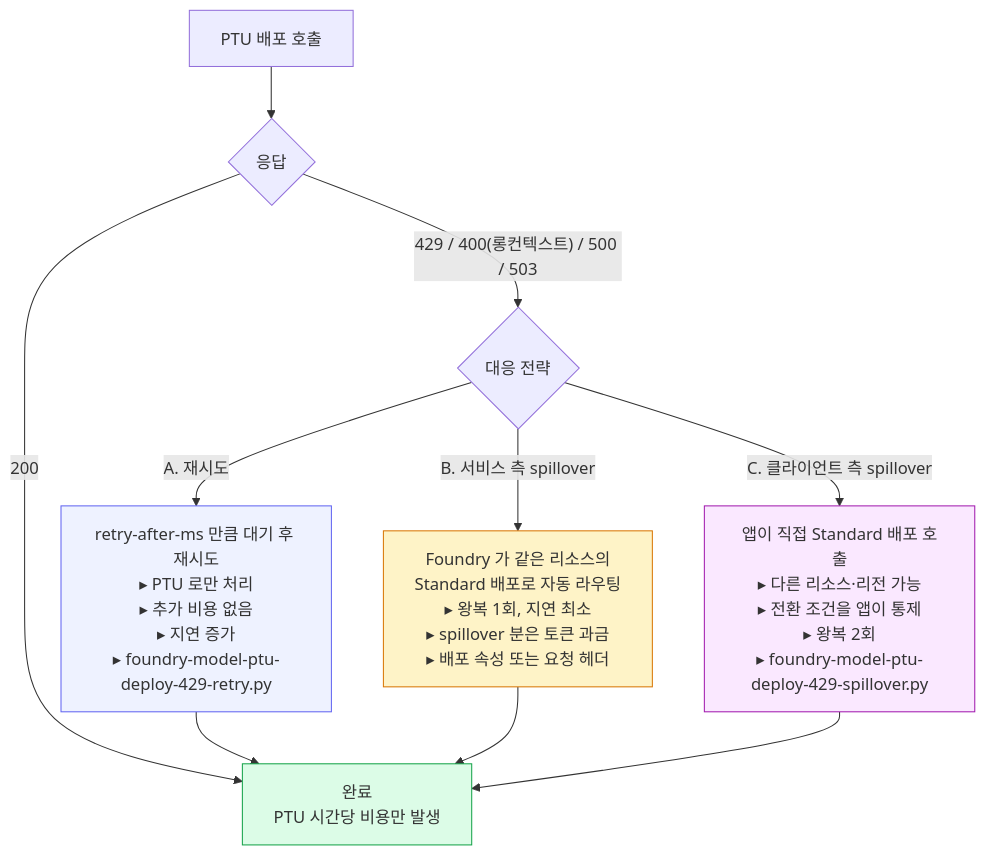
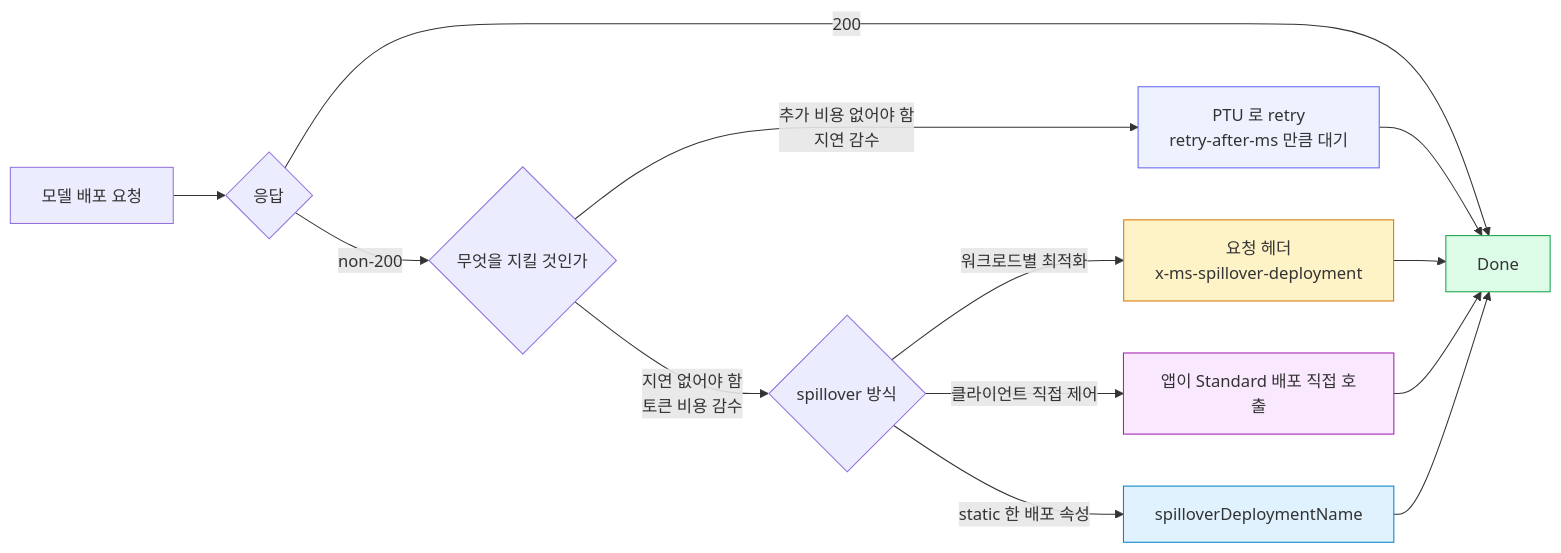
Before and after one commit to ivorycloud1013/lab-azure-guide-foundry-ptu: the sixth of 6 diagrams in README.md, drawn with Mermaid. The commit also changed other lines of this file, not shown here.

````diff
--- a/README.md
+++ b/README.md
@@ -424,19 +422,24 @@
 ```mermaid
-flowchart TB
-    Start["PTU 배포 호출"] --> Code{"응답"}
-    Code -->|"200"| Done["완료<br/>PTU 시간당 비용만 발생"]
-    Code -->|"429 / 400(롱컨텍스트) / 500 / 503"| Strat{"대응 전략"}
+flowchart LR
+    Req["모델 배포 요청"] --> Code{"응답"}
+    Code -->|"200"| Done["Done"]
+    Code -->|"non-200"| Trade{"무엇을 지킬 것인가"}
 
-    Strat -->|"A. 재시도"| A["retry-after-ms 만큼 대기 후 재시도<br/>▸ PTU 로만 처리<br/>▸ 추가 비용 없음<br/>▸ 지연 증가<br/>▸ foundry-model-ptu-deploy-429-retry.py"]
-    Strat -->|"B. 서비스 측 spillover"| B["Foundry 가 같은 리소스의<br/>Standard 배포로 자동 라우팅<br/>▸ 왕복 1회, 지연 최소<br/>▸ spillover 분은 토큰 과금<br/>▸ 배포 속성 또는 요청 헤더"]
-    Strat -->|"C. 클라이언트 측 spillover"| C["앱이 직접 Standard 배포 호출<br/>▸ 다른 리소스·리전 가능<br/>▸ 전환 조건을 앱이 통제<br/>▸ 왕복 2회<br/>▸ foundry-model-ptu-deploy-429-spillover.py"]
+    Trade -->|"추가 비용 없어야 함<br/>지연 감수"| Retry["PTU 로 retry<br/>retry-after-ms 만큼 대기"]
+    Trade -->|"지연 없어야 함<br/>토큰 비용 감수"| Spill{"spillover 방식"}
 
-    A --> Done
-    B --> Done
-    C --> Done
+    Spill -->|"워크로드별 최적화"| Header["요청 헤더<br/>x-ms-spillover-deployment"]
+    Spill -->|"클라이언트 직접 제어"| Client["앱이 Standard 배포 직접 호출"]
+    Spill -->|"static 한 배포 속성"| Prop["spilloverDeploymentName"]
+
+    Retry --> Done
+    Header --> Done
+    Client --> Done
+    Prop --> Done
 
     style Done fill:#dcfce7,stroke:#16a34a
-    style A fill:#eef2ff,stroke:#6366f1
-    style B fill:#fef3c7,stroke:#d97706
-    style C fill:#fae8ff,stroke:#a21caf
+    style Retry fill:#eef2ff,stroke:#6366f1
+    style Header fill:#fef3c7,stroke:#d97706
+    style Client fill:#fae8ff,stroke:#a21caf
+    style Prop fill:#e0f2fe,stroke:#0284c7
 ```
````
